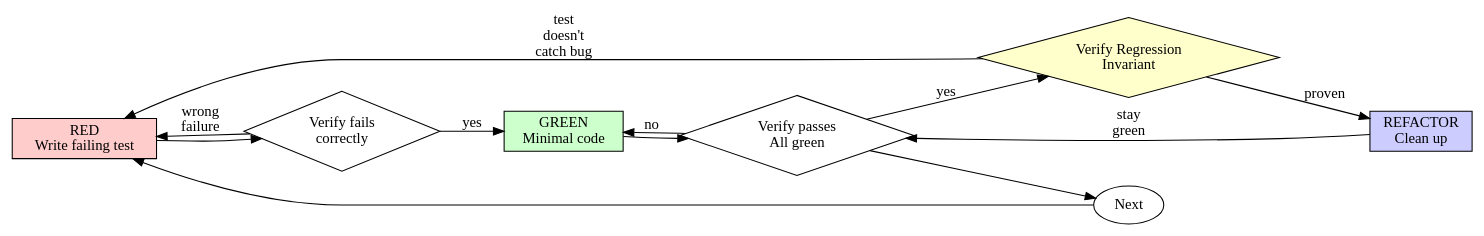
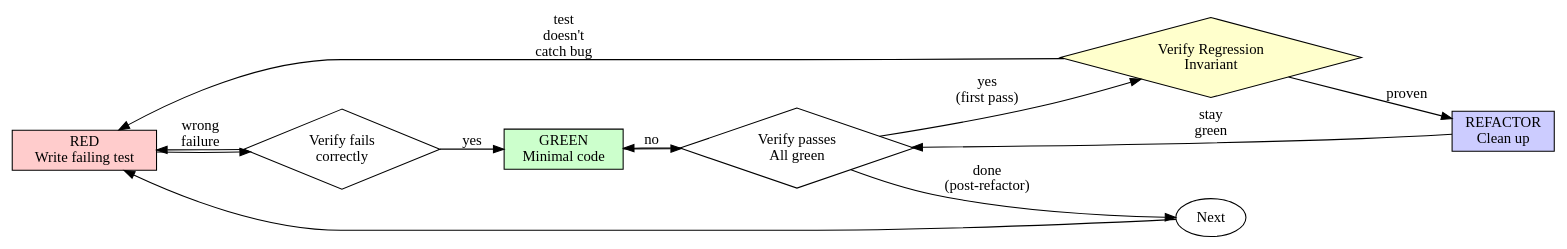
The diagram in skills/test-driven-development/SKILL.md (GoCodeAlone/claude-superpowers), drawn with Graphviz before and after one commit. The commit also changed other lines of this file and 1 other file, not shown here.

First line of the commit message:
fix(test-driven-development): address round-4 findings — graph labels, comment, emoji, type annotation

````diff
--- a/skills/test-driven-development/SKILL.md
+++ b/skills/test-driven-development/SKILL.md
@@ -49,24 +49,24 @@
 ```dot
 digraph tdd_cycle {
     rankdir=LR;
     red [label="RED\nWrite failing test", shape=box, style=filled, fillcolor="#ffcccc"];
     verify_red [label="Verify fails\ncorrectly", shape=diamond];
     green [label="GREEN\nMinimal code", shape=box, style=filled, fillcolor="#ccffcc"];
     verify_green [label="Verify passes\nAll green", shape=diamond];
     verify_invariant [label="Verify Regression\nInvariant", shape=diamond, style=filled, fillcolor="#ffffcc"];
     refactor [label="REFACTOR\nClean up", shape=box, style=filled, fillcolor="#ccccff"];
     next [label="Next", shape=ellipse];
 
     red -> verify_red;
     verify_red -> green [label="yes"];
     verify_red -> red [label="wrong\nfailure"];
     green -> verify_green;
-    verify_green -> verify_invariant [label="yes"];
+    verify_green -> verify_invariant [label="yes\n(first pass)"];
     verify_green -> green [label="no"];
+    verify_green -> next [label="done\n(post-refactor)"];
     verify_invariant -> refactor [label="proven"];
     verify_invariant -> red [label="test\ndoesn't\ncatch bug"];
     refactor -> verify_green [label="stay\ngreen"];
-    verify_green -> next;
     next -> red;
 }
 ```
````
